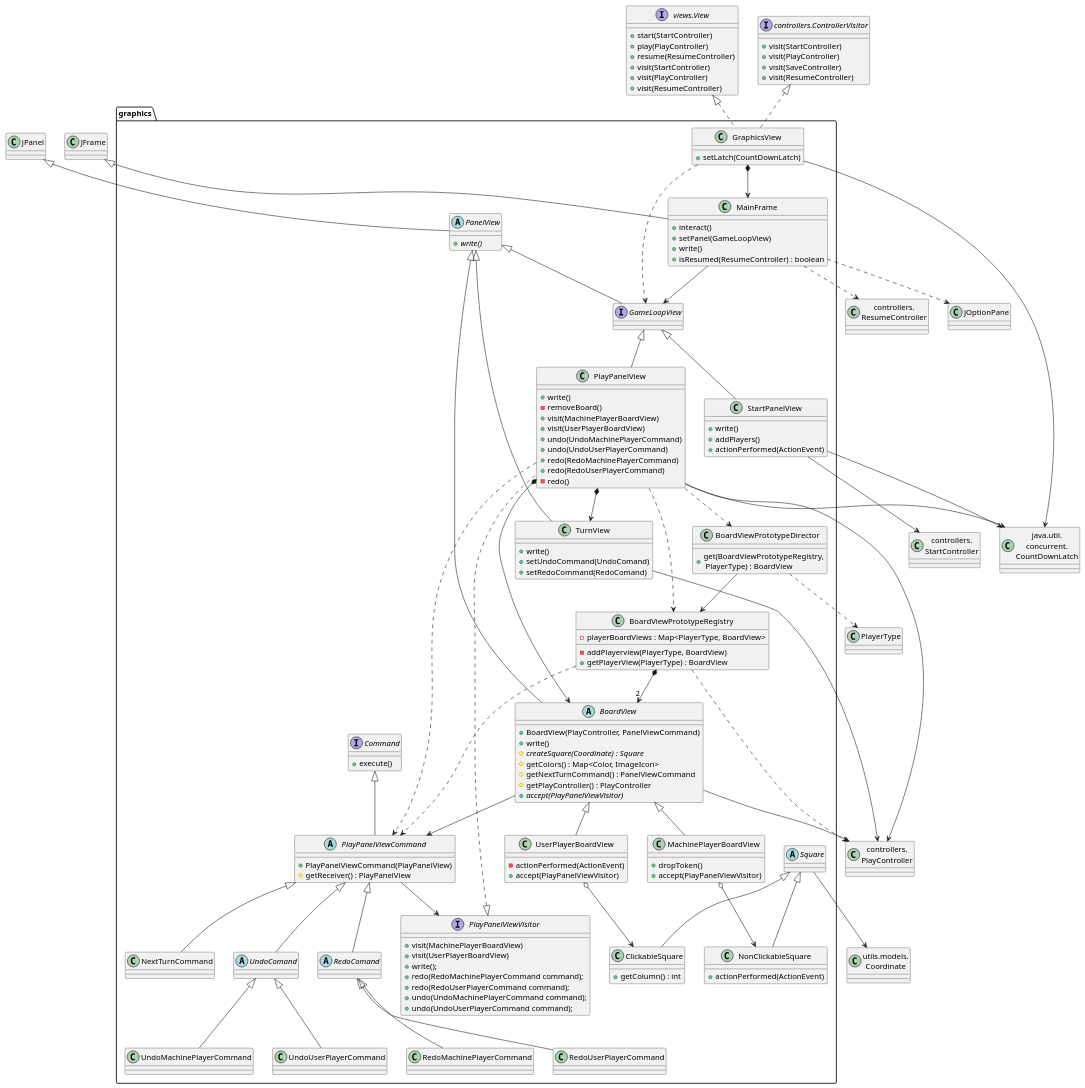
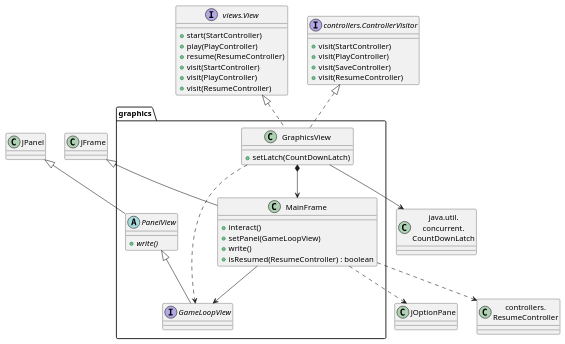
Before and after one commit to js-rom/connect4: the diagram in connect4/Docs/diagrams/src/packages/connect4.connect4.views.graphics.plantuml, drawn with PlantUML. The commit also changed 34 other files, not shown here.

Commit message:
refactor: reorganize graphics package structure #8

```diff
--- a/connect4/Docs/diagrams/src/packages/connect4.connect4.views.graphics.plantuml
+++ b/connect4/Docs/diagrams/src/packages/connect4.connect4.views.graphics.plantuml
@@ -1,186 +1,62 @@
 @startuml connect4.connect4.views.graphics
+
+class CountDownLatch as "java.util.\nconcurrent.\nCountDownLatch"
+class ResumeController as "controllers.\nResumeController"
+
 class graphics.GraphicsView {
     +setLatch(CountDownLatch)
 }
 
-class CountDownLatch as "java.util.\nconcurrent.\nCountDownLatch"
 class graphics.MainFrame{
      +interact()
     +setPanel(GameLoopView)
     +write()
     +isResumed(ResumeController) : boolean
 }
+
 abstract class graphics.PanelView {
     + {abstract} write()
 }
+
 interface graphics.GameLoopView
-class graphics.StartPanelView {
-    +write()
-    +addPlayers()
-    +actionPerformed(ActionEvent)
-}
 
-class graphics.PlayPanelView{
-    +write()
-    -removeBoard()
-    +visit(MachinePlayerBoardView)
-    +visit(UserPlayerBoardView)
-    +undo(UndoMachinePlayerCommand)
-    +undo(UndoUserPlayerCommand)
-    +redo(RedoMachinePlayerCommand)
-    +redo(RedoUserPlayerCommand)
-    -redo()
-}
 
-interface graphics.PlayPanelViewVisitor {
-    +visit(MachinePlayerBoardView)
-    +visit(UserPlayerBoardView)
-    +write();
-    +redo(RedoMachinePlayerCommand command);
-    +redo(RedoUserPlayerCommand command);
-    +undo(UndoMachinePlayerCommand command);
-    +undo(UndoUserPlayerCommand command);
-}
+abstract class graphics.PanelView
 
-abstract class graphics.BoardView {
-    + BoardView(PlayController, PanelViewCommand)
-    + write()
-    #  {abstract}  createSquare(Coordinate) : Square
-    # getColors() : Map<Color, ImageIcon>
-    # getNextTurnCommand() : PanelViewCommand
-    # getPlayController() : PlayController
-    +  {abstract}  accept(PlayPanelViewVisitor)
-}
-class graphics.BoardViewPrototypeDirector{
-    +get(BoardViewPrototypeRegistry,\n PlayerType) : BoardView
-}
-class graphics.BoardViewPrototypeRegistry{
-    -playerBoardViews : Map<PlayerType, BoardView> 
-    -addPlayerview(PlayerType, BoardView)
-    +getPlayerView(PlayerType) : BoardView
-}
-interface graphics.Command {
-    +execute()
-}
-abstract class graphics.PlayPanelViewCommand {
-    +PlayPanelViewCommand(PlayPanelView)
-    #getReceiver() : PlayPanelView
-}
-class graphics.MachinePlayerBoardView {
-    +dropToken()
-    +accept(PlayPanelViewVisitor)
-}
-class graphics.UserPlayerBoardView{
-    -actionPerformed(ActionEvent)
-    +accept(PlayPanelViewVisitor)
-}
-
-class graphics.NextTurnCommand
-abstract class graphics.Square
-class graphics.ClickableSquare {
-    + getColumn() : int
-}
-class graphics.NonClickableSquare {
-    + actionPerformed(ActionEvent)
-}
-class graphics.TurnView{
-    +write()
-    +setUndoCommand(UndoComand)
-    +setRedoCommand(RedoComand)
-}
-abstract class graphics.PanelView
-class StartController as "controllers.\nStartController"
-class PlayController as "controllers.\nPlayController"
-class ResumeController as "controllers.\nResumeController"
-class Coordinate as "utils.models.\nCoordinate"
 interface View as "views.View"{
     +start(StartController)
     +play(PlayController)
     +resume(ResumeController)
     +visit(StartController)
     +visit(PlayController)
     +visit(ResumeController)
 }
 
 interface ControllerVisitor as "controllers.ControllerVisitor" {
     +visit(StartController)
     +visit(PlayController)
     +visit(SaveController)
     +visit(ResumeController)
 }
 
-abstract class graphics.UndoComand
-abstract class graphics.RedoComand
-class graphics.RedoMachinePlayerCommand {}
-class graphics.UndoMachinePlayerCommand {}
-class graphics.RedoUserPlayerCommand {}
-class graphics.UndoUserPlayerCommand {}
-
-
 GraphicsView --> CountDownLatch
 class JFrame
 JFrame <|-- MainFrame
 GraphicsView *--> MainFrame
 
-
-StartPanelView --> StartController
-StartPanelView --> CountDownLatch
-PlayPanelView --> PlayController
-PlayPanelView --> CountDownLatch
-BoardView --> PlayController
-TurnView --> PlayController
 MainFrame ..> ResumeController
 
 
 View <|.. GraphicsView
 ControllerVisitor <|.. GraphicsView
 
 class JOptionPane
 MainFrame ..> JOptionPane
 
 JPanel <|-- PanelView
 PanelView <|-- GameLoopView
-GameLoopView <|-- StartPanelView
-GameLoopView <|-- PlayPanelView
-PlayPanelViewVisitor <|.. PlayPanelView
-PanelView <|-- BoardView
-PanelView <|-- TurnView
 
 GraphicsView ..> GameLoopView
 MainFrame --> GameLoopView
 
-PlayPanelView *--> BoardView
-PlayPanelView *--> TurnView
-PlayPanelView ..> BoardViewPrototypeRegistry
-PlayPanelView ..> BoardViewPrototypeDirector
-
-BoardViewPrototypeDirector --> BoardViewPrototypeRegistry
-BoardViewPrototypeDirector ..> PlayerType
-BoardViewPrototypeRegistry ..> PlayController
-BoardViewPrototypeRegistry ..> PlayPanelViewCommand
-BoardViewPrototypeRegistry *--> "2"BoardView
-
-
-PlayPanelView ..> PlayPanelViewCommand
-PlayPanelViewCommand --> PlayPanelViewVisitor
-
-Command <|-- PlayPanelViewCommand
-PlayPanelViewCommand <|-- NextTurnCommand
-PlayPanelViewCommand <|-- UndoComand
-PlayPanelViewCommand <|-- RedoComand
-UndoComand <|-- UndoMachinePlayerCommand
-UndoComand <|-- UndoUserPlayerCommand
-RedoComand <|-- RedoMachinePlayerCommand
-RedoComand <|-- RedoUserPlayerCommand
-
-
-BoardView <|-- MachinePlayerBoardView
-BoardView <|-- UserPlayerBoardView
-MachinePlayerBoardView o--> NonClickableSquare
-UserPlayerBoardView o--> ClickableSquare
-Square <|-- ClickableSquare
-Square <|-- NonClickableSquare
-BoardView --> PlayPanelViewCommand
-
-Square --> Coordinate
 @enduml
```
